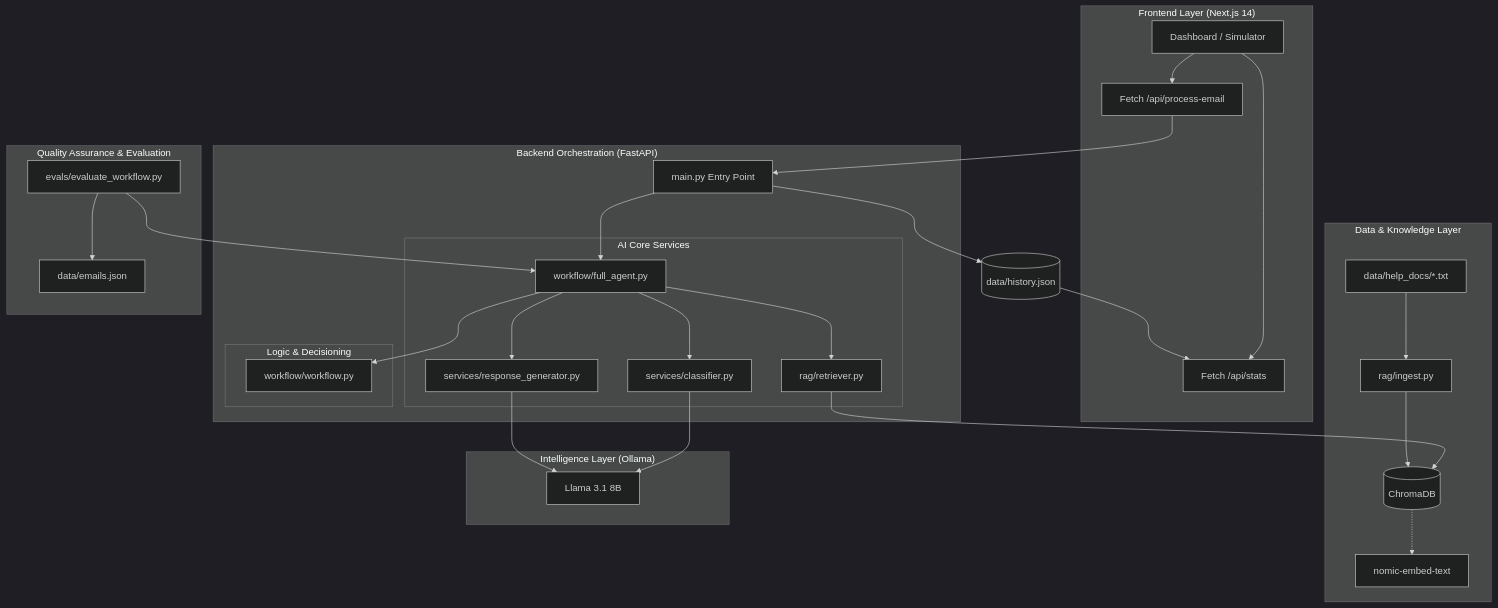
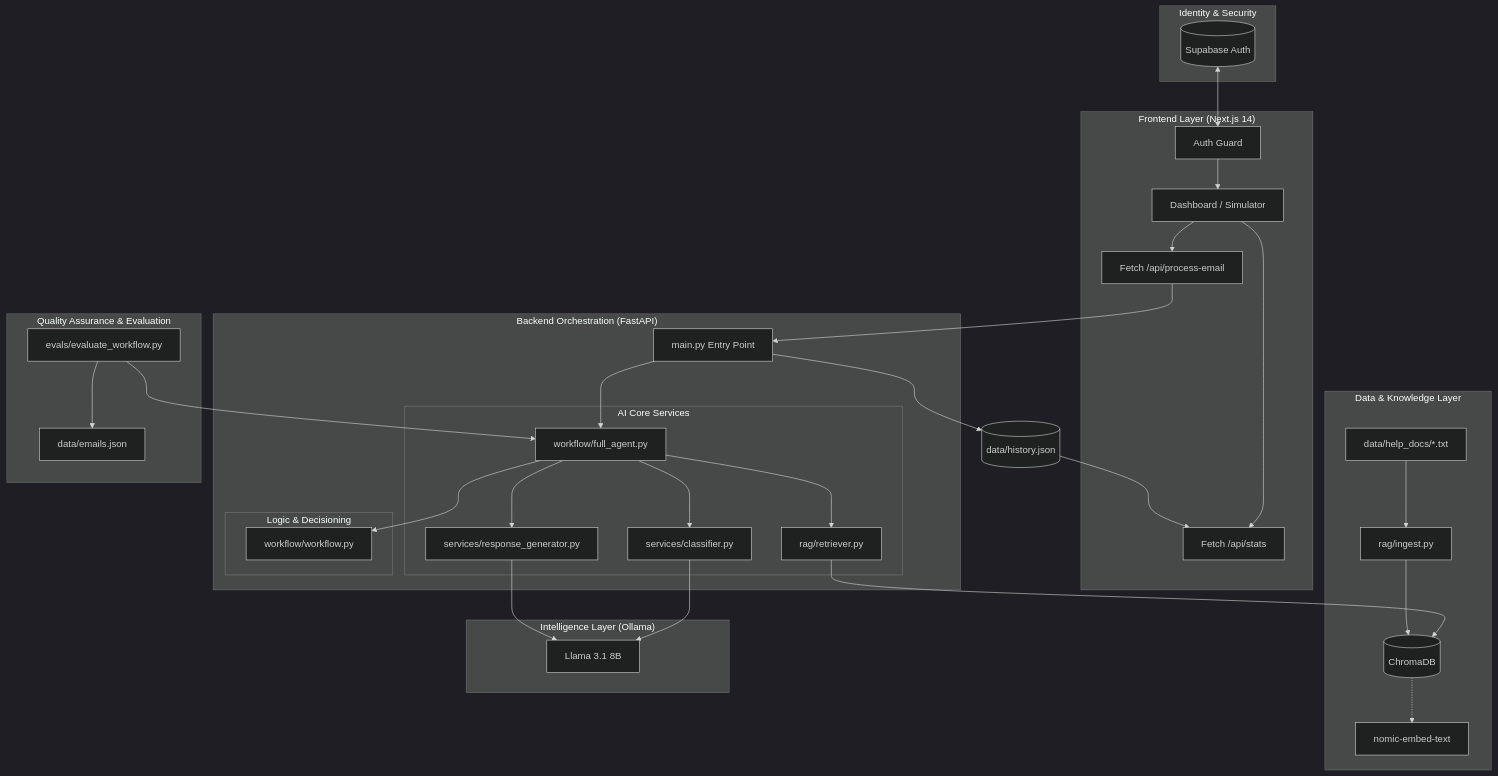
One commit to priyanshsingh11/Hooman-Digital-LLP changed the diagram in README.md. Above: the diagram before and after it, drawn with Mermaid (dark theme). The commit also changed other lines of this file, not shown here.

Commit message:
docs: update README with Supabase auth architecture and system evaluation metrics

````diff
--- a/README.md
+++ b/README.md
@@ -31,42 +31,47 @@
 ```mermaid
 graph TB
     subgraph "Frontend Layer (Next.js 14)"
         UI[Dashboard / Simulator] --> API_Call[Fetch /api/process-email]
         UI --> Metrics[Fetch /api/stats]
+        Auth_Check[Auth Guard] --> UI
+    end
+
+    subgraph "Identity & Security"
+        Supabase[(Supabase Auth)] <--> Auth_Check
     end
 
     subgraph "Backend Orchestration (FastAPI)"
         API_Call --> Main[main.py Entry Point]
         Main --> Orchestrator[workflow/full_agent.py]
         
         subgraph "AI Core Services"
             Orchestrator --> Classifier[services/classifier.py]
             Orchestrator --> RAG_Service[rag/retriever.py]
             Orchestrator --> Generator[services/response_generator.py]
         end
         
         subgraph "Logic & Decisioning"
             Orchestrator --> Logic[workflow/workflow.py]
         end
     end
 
     subgraph "Data & Knowledge Layer"
         RAG_Service --> VectorDB[(ChromaDB)]
         VectorDB -.-> Embeds[nomic-embed-text]
         Docs[data/help_docs/*.txt] --> Ingest[rag/ingest.py]
         Ingest --> VectorDB
     end
 
     subgraph "Intelligence Layer (Ollama)"
         Classifier --> LLM_8B[Llama 3.1 8B]
         Generator --> LLM_8B
     end
 
     subgraph "Quality Assurance & Evaluation"
         Eval_Suite[evals/evaluate_workflow.py] --> Orchestrator
         Eval_Suite --> GroundTruth[data/emails.json]
     end
 
     Main --> History[(data/history.json)]
     History --> Metrics
 ```
````
